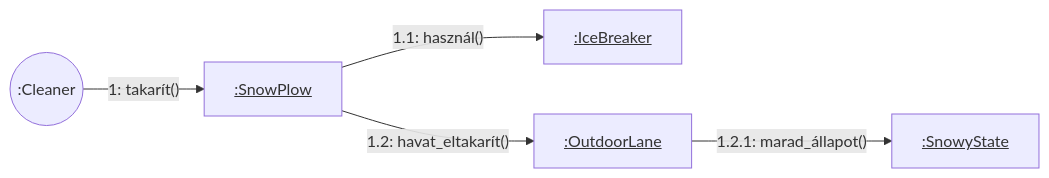
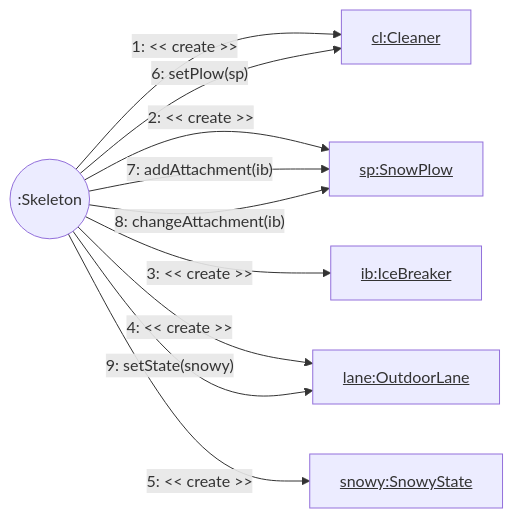
One commit to toth-andor/UneNotteANapoli changed the diagram in docs/05/kommunikacios_diagrammok/06-hotakaritas-jegtorovel.md. Above: the diagram before and after it, drawn with Mermaid.

````diff
--- a/docs/05/kommunikacios_diagrammok/06-hotakaritas-jegtorovel.md
+++ b/docs/05/kommunikacios_diagrammok/06-hotakaritas-jegtorovel.md
@@ -1,13 +1,20 @@
 ```mermaid
 graph LR
-    C((:Cleaner))
-    SP[<u>:SnowPlow</u>]
-    IB[<u>:IceBreaker</u>]
-    OL[<u>:OutdoorLane</u>]
-    SN[<u>:SnowyState</u>]
+    SK((:Skeleton))
+    CL[<u>cl:Cleaner</u>]
+    SP[<u>sp:SnowPlow</u>]
+    IB[<u>ib:IceBreaker</u>]
+    OL[<u>lane:OutdoorLane</u>]
+    SN[<u>snowy:SnowyState</u>]
 
-    C -- "1: takarít()" --> SP
-    SP -- "1.1: használ()" --> IB
-    SP -- "1.2: havat_eltakarít()" --> OL
-    OL -- "1.2.1: marad_állapot()" --> SN
+    SK -- "1: << create >>" --> CL
+    SK -- "2: << create >>" --> SP
+    SK -- "3: << create >>" --> IB
+    SK -- "4: << create >>" --> OL
+    SK -- "5: << create >>" --> SN
+
+    SK -- "6: setPlow(sp)" --> CL
+    SK -- "7: addAttachment(ib)" --> SP
+    SK -- "8: changeAttachment(ib)" --> SP
+    SK -- "9: setState(snowy)" --> OL
 ```
````
